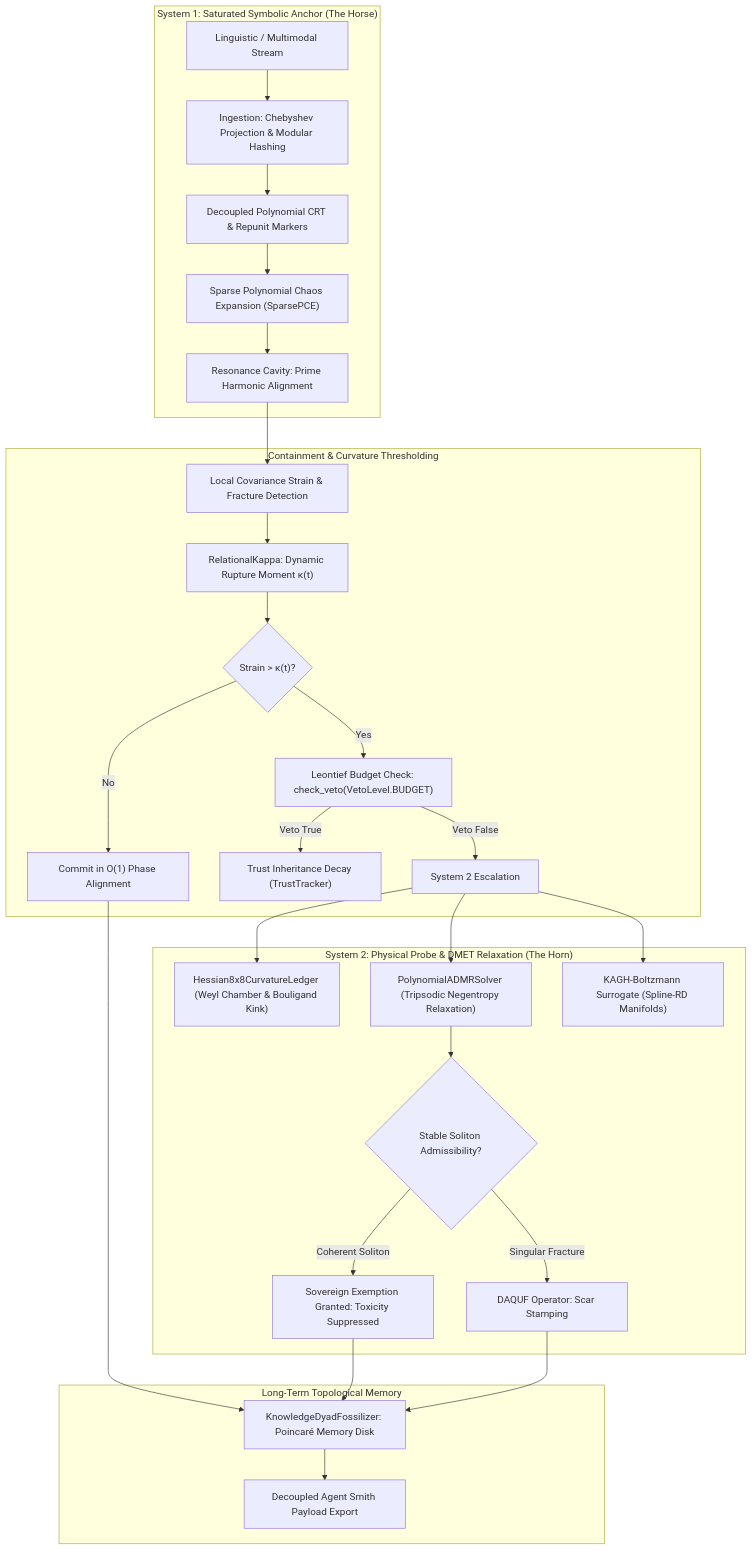
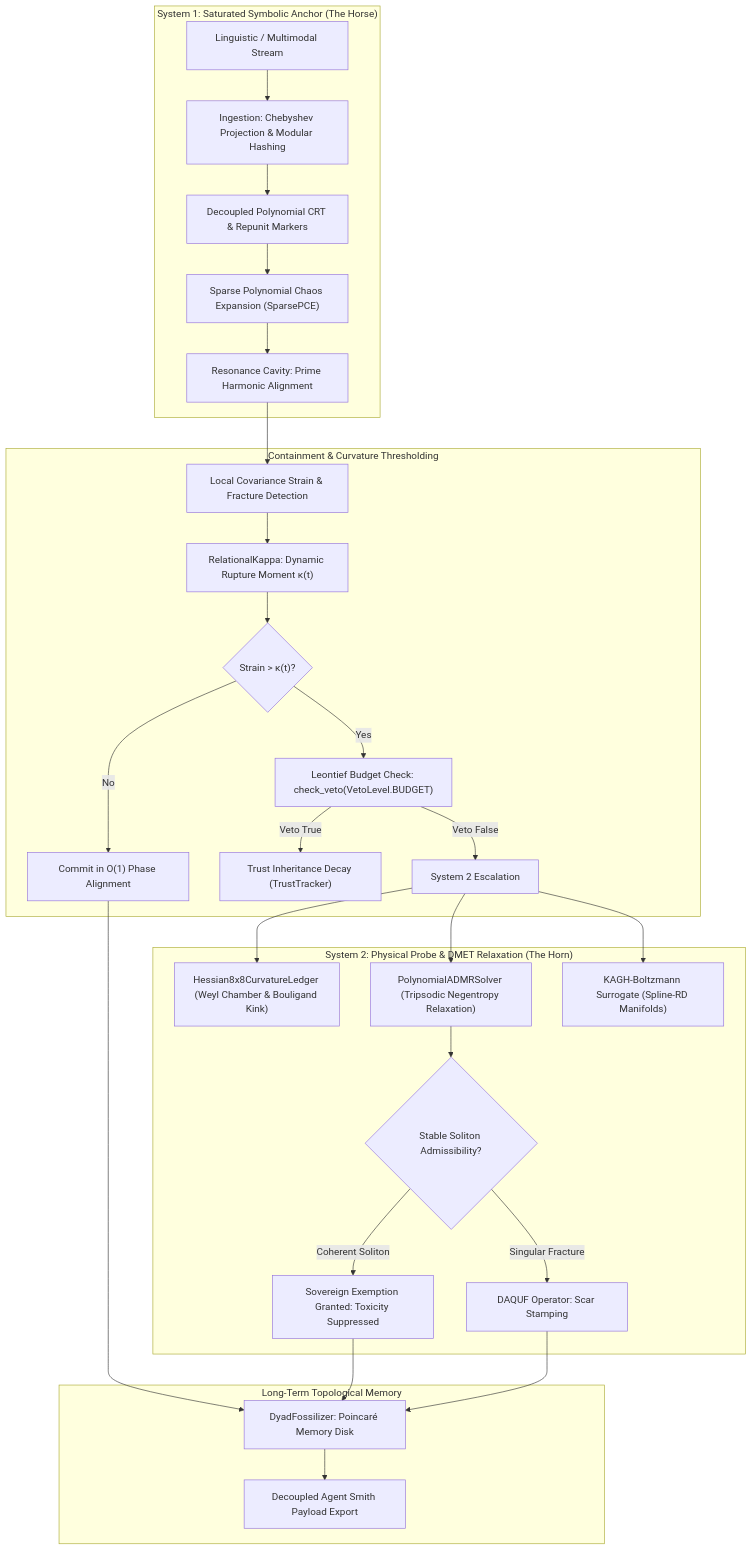
Before and after one commit to ZenoNex/Gyroidic-Sparse-Covariance-Flux-Reasoner: the diagram in docs/PROJECT_PITCH_BURDENED.md, drawn with Mermaid. The commit also changed other lines of this file and 34 other files, not shown here.

````diff
--- a/docs/PROJECT_PITCH_BURDENED.md
+++ b/docs/PROJECT_PITCH_BURDENED.md
@@ -31,35 +31,35 @@
 ```mermaid
 graph TD
     subgraph S1["System 1: Saturated Symbolic Anchor (The Horse)"]
         Input["Linguistic / Multimodal Stream"] --> Ingest["Ingestion: Chebyshev Projection & Modular Hashing"]
         Ingest --> CRT["Decoupled Polynomial CRT & Repunit Markers"]
         CRT --> PCE["Sparse Polynomial Chaos Expansion (SparsePCE)"]
         PCE --> Cavity["Resonance Cavity: Prime Harmonic Alignment"]
     end
 
     subgraph Tension["Containment & Curvature Thresholding"]
         Cavity --> Strain["Local Covariance Strain & Fracture Detection"]
         Strain --> Kappa["RelationalKappa: Dynamic Rupture Moment κ(t)"]
         Kappa --> Check{"Strain > κ(t)?"}
         Check -- "No" --> FastCommit["Commit in O(1) Phase Alignment"]
         Check -- "Yes" --> Veto["Leontief Budget Check: check_veto(VetoLevel.BUDGET)"]
         Veto -- "Veto True" --> TrustDecay["Trust Inheritance Decay (TrustTracker)"]
         Veto -- "Veto False" --> S2["System 2 Escalation"]
     end
 
     subgraph S2Sys["System 2: Physical Probe & DMET Relaxation (The Horn)"]
         S2 --> Hessian["Hessian8x8CurvatureLedger (Weyl Chamber & Bouligand Kink)"]
         S2 --> ADMR["PolynomialADMRSolver (Tripsodic Negentropy Relaxation)"]
         S2 --> KAGH["KAGH-Boltzmann Surrogate (Spline-RD Manifolds)"]
         ADMR --> SolitonEval{"Stable Soliton Admissibility?"}
         SolitonEval -- "Coherent Soliton" --> Sovereign["Sovereign Exemption Granted: Toxicity Suppressed"]
         SolitonEval -- "Singular Fracture" --> Scar["DAQUF Operator: Scar Stamping"]
     end
 
     subgraph Memory["Long-Term Topological Memory"]
-        FastCommit --> Fossil["KnowledgeDyadFossilizer: Poincaré Memory Disk"]
+        FastCommit --> Fossil["DyadFossilizer: Poincaré Memory Disk"]
         Sovereign --> Fossil
         Scar --> Fossil
         Fossil --> Mesh["Decoupled Agent Smith Payload Export"]
     end
 ```
````
